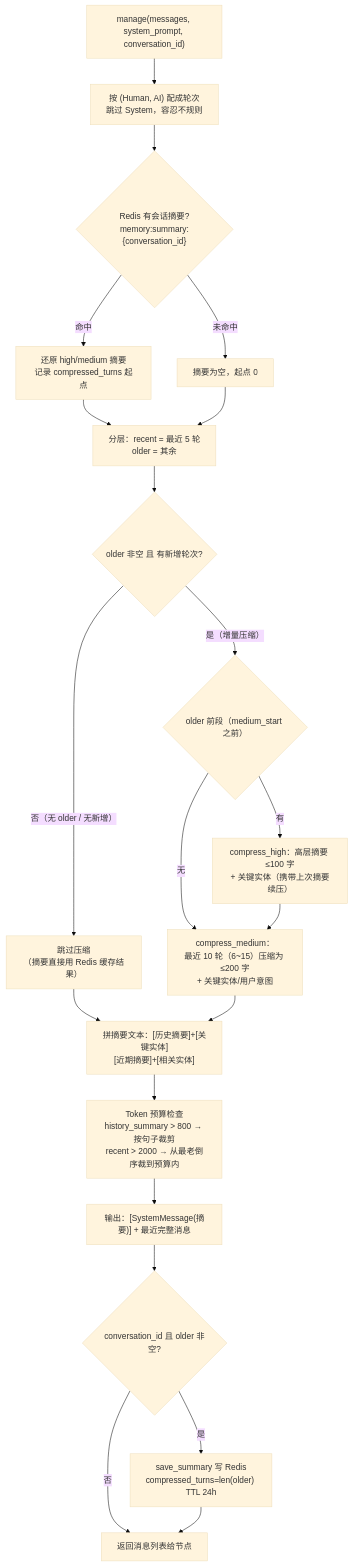
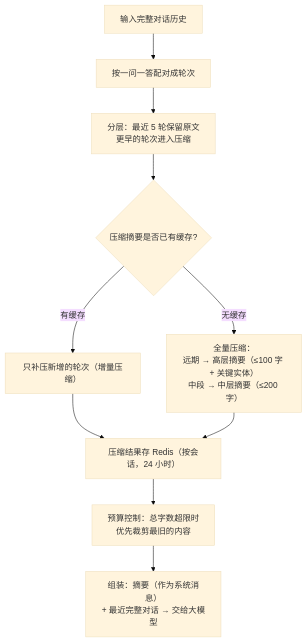
Diagram 19 of 35 in docs/PROJECT_ANALYSIS.md (blowt16/SmartCS-Agent), drawn with Mermaid (base theme) before and after one commit. The commit also changed other lines of this file, not shown here.

Commit message:
[docs] PROJECT_ANALYSIS §4 流程图优化：全图节点加中文注释、主干化精简流程（22 张图重排 + 补 TimeoutGuard 运行图），保留关键代码实体括注，提升可读性

````diff
--- a/docs/PROJECT_ANALYSIS.md
+++ b/docs/PROJECT_ANALYSIS.md
@@ -675,23 +614,12 @@
 ```mermaid
 flowchart TD
-    A["manage(messages, system_prompt, conversation_id)"] --> B["按 (Human, AI) 配成轮次<br/>跳过 System，容忍不规则"]
-    B --> C{"Redis 有会话摘要?<br/>memory:summary:{conversation_id}"}
-    C -->|"命中"| D["还原 high/medium 摘要<br/>记录 compressed_turns 起点"]
-    C -->|"未命中"| E["摘要为空，起点 0"]
-    D --> F["分层：recent = 最近 5 轮<br/>older = 其余"]
-    E --> F
-    F --> G{"older 非空 且 有新增轮次?"}
-    G -->|"是（增量压缩）"| H1{"older 前段（medium_start 之前）"}
-    H1 -->|"有"| HI["compress_high：高层摘要 ≤100 字<br/>+ 关键实体（携带上次摘要续压）"]
-    H1 -->|"无"| MI
-    G -->|"否（无 older / 无新增）"| SKIP2["跳过压缩<br/>（摘要直接用 Redis 缓存结果）"]
-    HI --> MI["compress_medium：<br/>最近 10 轮（6~15）压缩为 ≤200 字<br/>+ 关键实体/用户意图"]
-    SKIP2 --> S
-    MI --> S["拼摘要文本：[历史摘要]+[关键实体]<br/>[近期摘要]+[相关实体]"]
-    S --> T["Token 预算检查<br/>history_summary > 800 → 按句子裁剪<br/>recent > 2000 → 从最老倒序裁到预算内"]
-    T --> O["输出：[SystemMessage(摘要)] + 最近完整消息"]
-    O --> W{"conversation_id 且 older 非空?"}
-    W -->|"是"| SV["save_summary 写 Redis<br/>compressed_turns=len(older) TTL 24h"]
-    W -->|"否"| RT["返回消息列表给节点"]
-    SV --> RT
+    A["输入完整对话历史"] --> B["按一问一答配对成轮次"]
+    B --> C["分层：最近 5 轮保留原文<br/>更早的轮次进入压缩"]
+    C --> D{"压缩摘要是否已有缓存?"}
+    D -->|"有缓存"| E["只补压新增的轮次（增量压缩）"]
+    D -->|"无缓存"| F["全量压缩：<br/>远期 → 高层摘要（≤100 字 + 关键实体）<br/>中段 → 中层摘要（≤200 字）"]
+    E --> G["压缩结果存 Redis（按会话，24 小时）"]
+    F --> G
+    G --> H["预算控制：总字数超限时<br/>优先裁剪最旧的内容"]
+    H --> I["组装：摘要（作为系统消息）<br/>+ 最近完整对话 → 交给大模型"]
 ```
````
